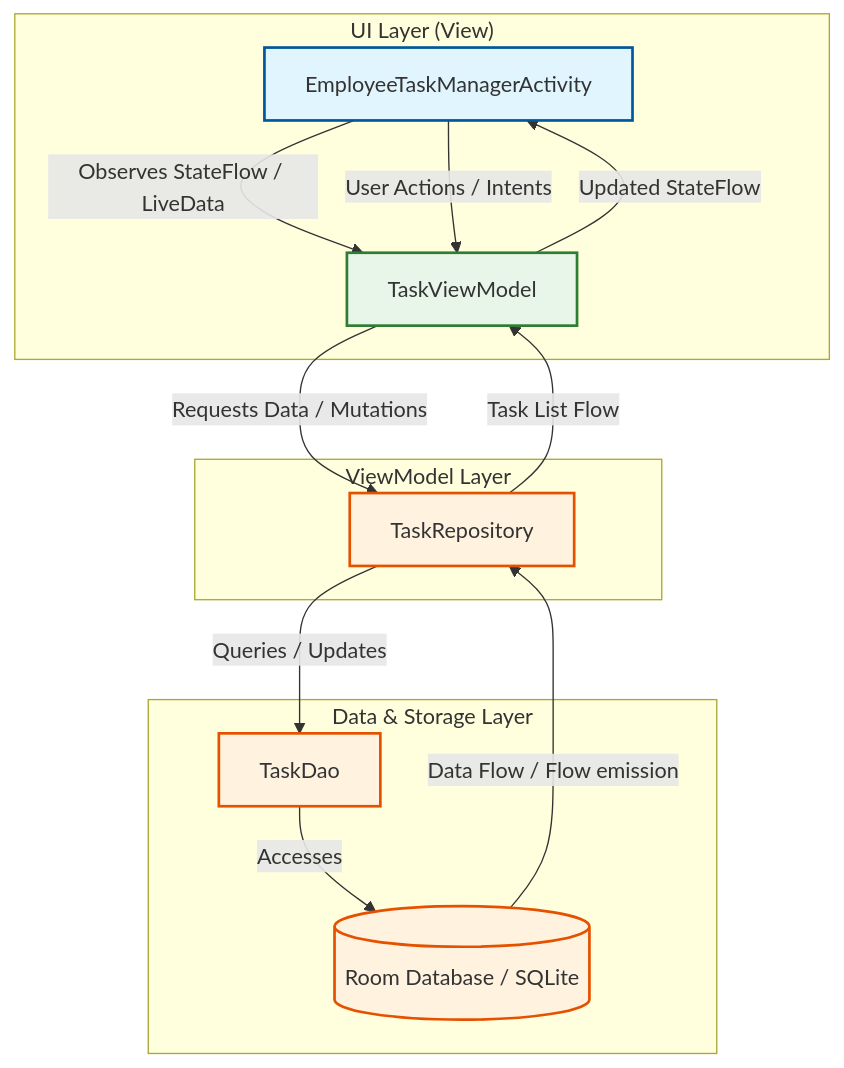
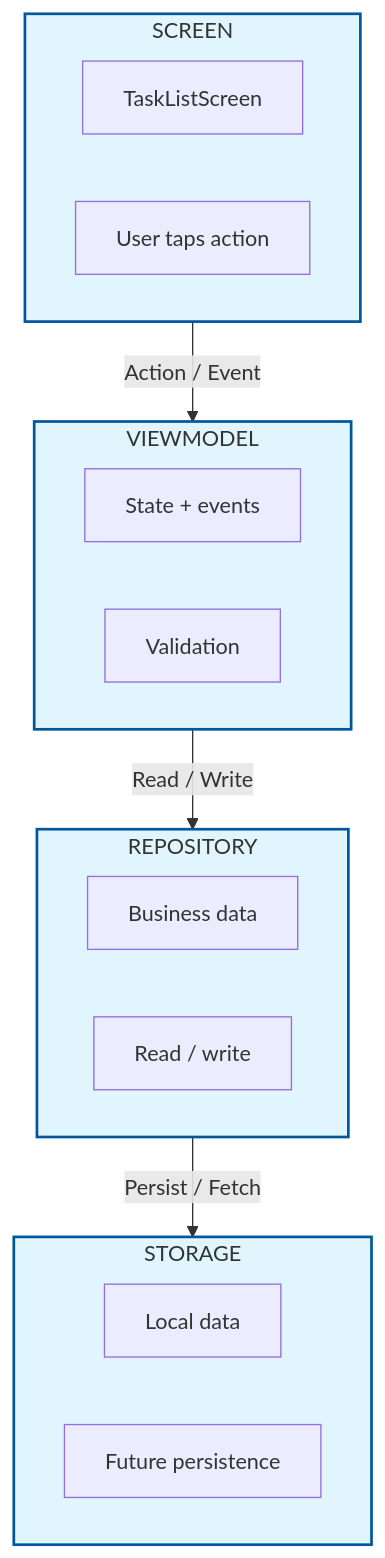
One commit to nazeefc/employee-task-manager changed the diagram in docs/diagrams/architecture.mmd. Above: the diagram before and after it, drawn with Mermaid. The commit also changed other lines of this file and 1 other file, not shown here.

Commit message:
Align architecture diagram and docs with Day 3 bootcamp slide spec

```diff
--- a/docs/diagrams/architecture.mmd
+++ b/docs/diagrams/architecture.mmd
@@ -1,25 +1,27 @@
 graph TD
-    subgraph UI["UI Layer (View)"]
-        A[EmployeeTaskManagerActivity] -->|Observes StateFlow / LiveData| B[TaskViewModel]
-        A -->|User Actions / Intents| B
+    subgraph Screen["SCREEN"]
+        S1["TaskListScreen"]
+        S2["User taps action"]
     end
 
-    subgraph ViewModel["ViewModel Layer"]
-        B -->|Requests Data / Mutations| C[TaskRepository]
+    subgraph ViewModel["VIEWMODEL"]
+        V1["State + events"]
+        V2["Validation"]
     end
 
-    subgraph Data["Data & Storage Layer"]
-        C -->|Queries / Updates| D[TaskDao]
-        D -->|Accesses| E[(Room Database / SQLite)]
-        E -->|Data Flow / Flow emission| C
-        C -->|Task List Flow| B
-        B -->|Updated StateFlow| A
+    subgraph Repository["REPOSITORY"]
+        R1["Business data"]
+        R2["Read / write"]
     end
 
-    classDef ui fill:#e1f5fe,stroke:#01579b,stroke-width:2px;
-    classDef vm fill:#e8f5e9,stroke:#2e7d32,stroke-width:2px;
-    classDef data fill:#fff3e0,stroke:#e65100,stroke-width:2px;
+    subgraph Storage["STORAGE"]
+        St1["Local data"]
+        St2["Future persistence"]
+    end
 
-    class A ui;
-    class B vm;
-    class C,D,E data;
+    Screen -->|Action / Event| ViewModel
+    ViewModel -->|Read / Write| Repository
+    Repository -->|Persist / Fetch| Storage
+
+    classDef layer fill:#e1f5fe,stroke:#01579b,stroke-width:2px;
+    class Screen,ViewModel,Repository,Storage layer;
```
